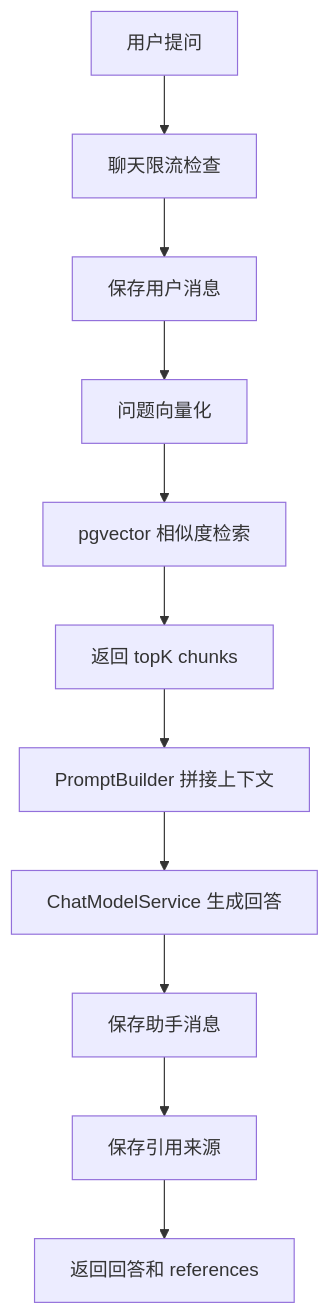
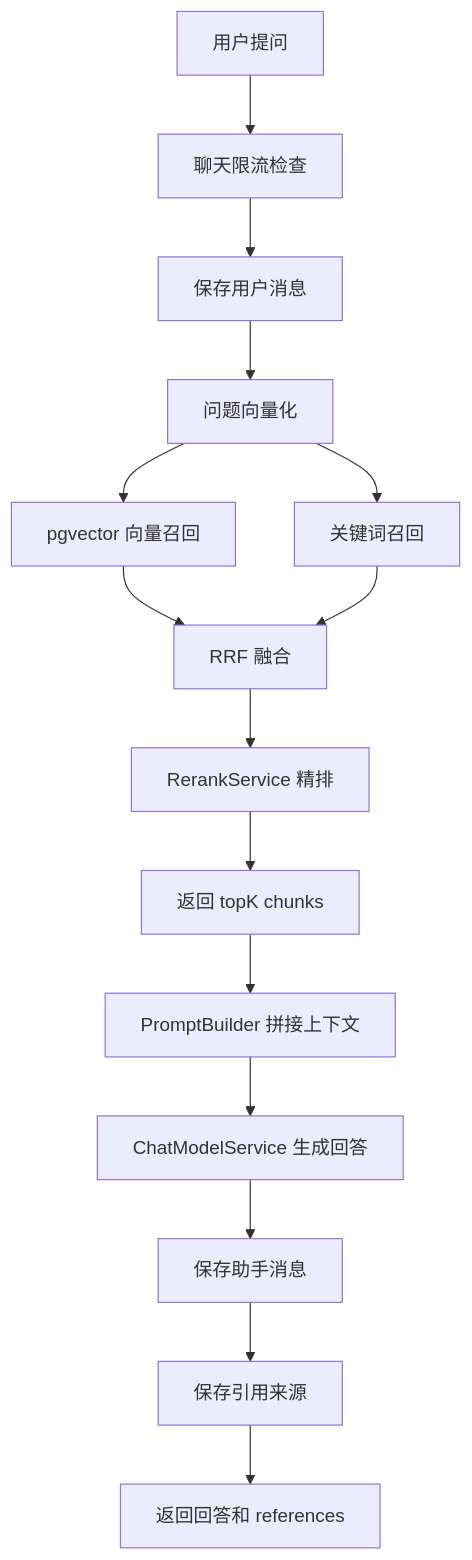
The second of 2 diagrams in docs/rag-flow.md (Mmei11/rag-knowledge-base), drawn with Mermaid before and after one commit. The commit also changed other lines of this file and 22 other files, not shown here.

````diff
--- a/docs/rag-flow.md
+++ b/docs/rag-flow.md
@@ -23,13 +23,17 @@
 ```mermaid
 flowchart TD
     Question[用户提问] --> RateLimit[聊天限流检查]
     RateLimit --> SaveUserMessage[保存用户消息]
     SaveUserMessage --> EmbedQuestion[问题向量化]
-    EmbedQuestion --> VectorSearch[pgvector 相似度检索]
-    VectorSearch --> TopK[返回 topK chunks]
+    EmbedQuestion --> VectorSearch[pgvector 向量召回]
+    EmbedQuestion --> KeywordSearch[关键词召回]
+    VectorSearch --> RRF[RRF 融合]
+    KeywordSearch --> RRF
+    RRF --> Rerank[RerankService 精排]
+    Rerank --> TopK[返回 topK chunks]
     TopK --> Prompt[PromptBuilder 拼接上下文]
     Prompt --> Model[ChatModelService 生成回答]
     Model --> SaveAssistant[保存助手消息]
     SaveAssistant --> SaveRefs[保存引用来源]
     SaveRefs --> Response[返回回答和 references]
 ```
````
